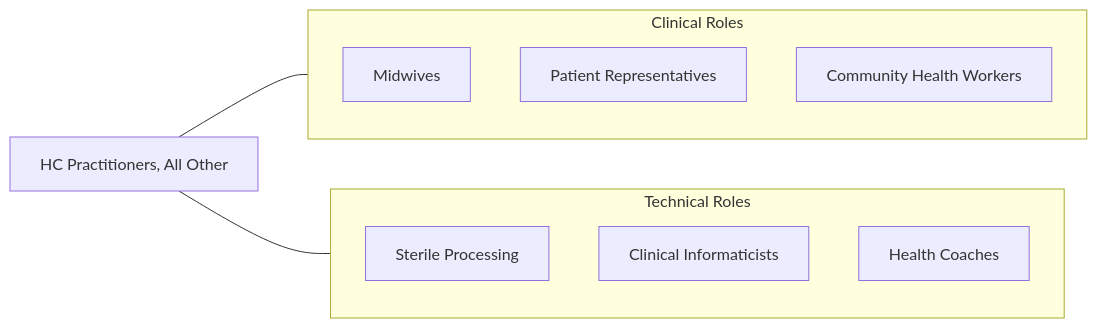
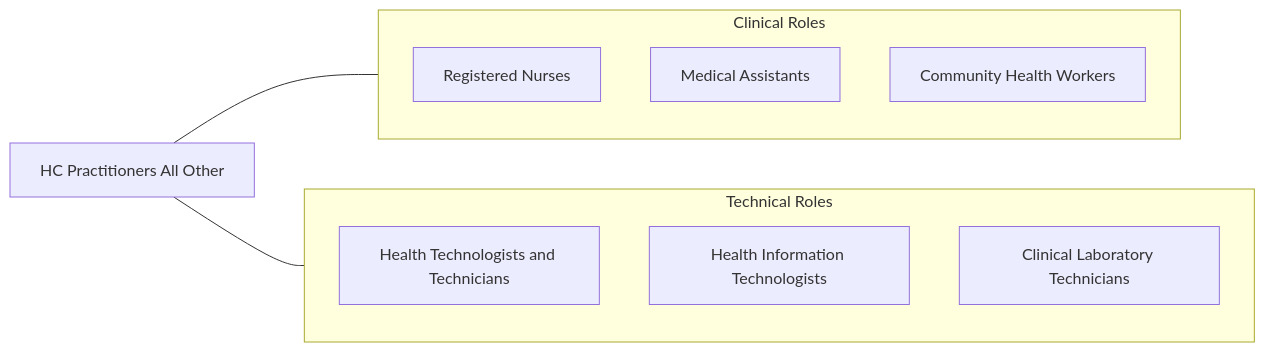
The fourth of 4 diagrams in occupations/HealthcarePractitioners/HealthcarePractitionersAndTechnicalWorkers.mdx (kziemski/business.org.ai), drawn with Mermaid before and after one commit. The commit also changed other lines of this file, not shown here.

First line of the commit message:
feat: enrich Healthcare Practitioners occupation MDX file

````diff
--- a/occupations/HealthcarePractitioners/HealthcarePractitionersAndTechnicalWorkers.mdx
+++ b/occupations/HealthcarePractitioners/HealthcarePractitionersAndTechnicalWorkers.mdx
@@ -52,19 +216,19 @@
 ```mermaid
 graph LR
-    Current["HC Practitioners, All Other"]
+    Current["HC Practitioners All Other"]
 
     subgraph Clinical["Clinical Roles"]
-        Midwives["Midwives"]
-        PatientReps["Patient Representatives"]
-        CommunityHealth["Community Health Workers"]
+        RegisteredNurses["Registered Nurses"]
+        MedicalAssistants["Medical Assistants"]
+        CommunityHealthWorkers["Community Health Workers"]
     end
 
     subgraph Technical["Technical Roles"]
-        SterileProc["Sterile Processing"]
-        ClinicalInfo["Clinical Informaticists"]
-        HealthCoaches["Health Coaches"]
+        HealthTechnicians["Health Technologists and Technicians"]
+        HealthInformatics["Health Information Technologists"]
+        ClinicalLabTechs["Clinical Laboratory Technicians"]
     end
 
     Current --- Clinical
     Current --- Technical
 ```
````
